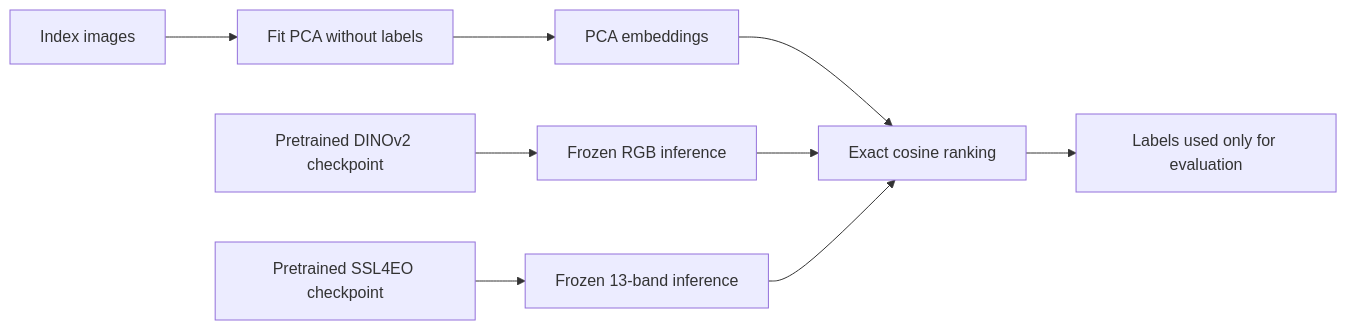
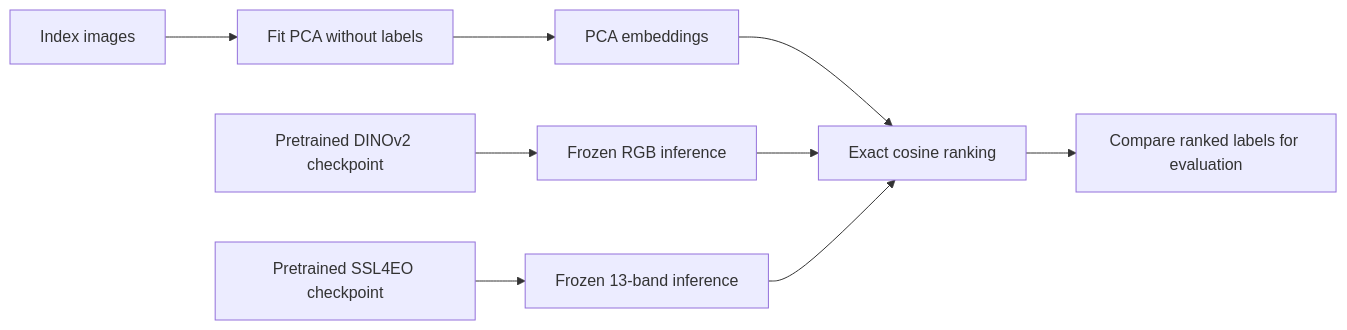
One commit to NikosMav/eo-visual-retrieval changed the first of 2 diagrams in docs/models-and-metrics.md. Above: the diagram before and after it, drawn with Mermaid. The commit also changed other lines of this file and 30 other files, not shown here.

````diff
--- a/docs/models-and-metrics.md
+++ b/docs/models-and-metrics.md
@@ -21,11 +21,11 @@
 ```mermaid
 flowchart LR
     Index[Index images] --> PCAFit[Fit PCA without labels]
     PCAFit --> PCAEmbed[PCA embeddings]
     DCheckpoint[Pretrained DINOv2 checkpoint] --> DEmbed[Frozen RGB inference]
     SCheckpoint[Pretrained SSL4EO checkpoint] --> SEmbed[Frozen 13-band inference]
     PCAEmbed --> Rank[Exact cosine ranking]
     DEmbed --> Rank
     SEmbed --> Rank
-    Rank --> Labels[Labels used only for evaluation]
+    Rank --> Labels[Compare ranked labels for evaluation]
 ```
````
